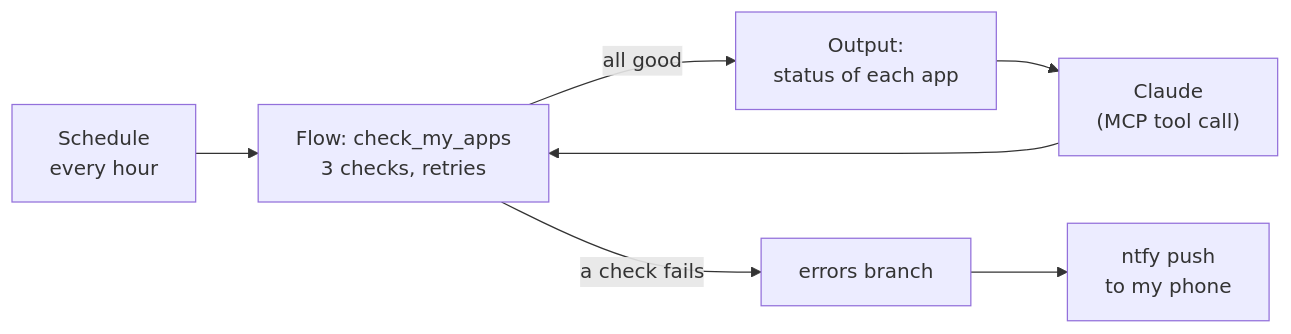
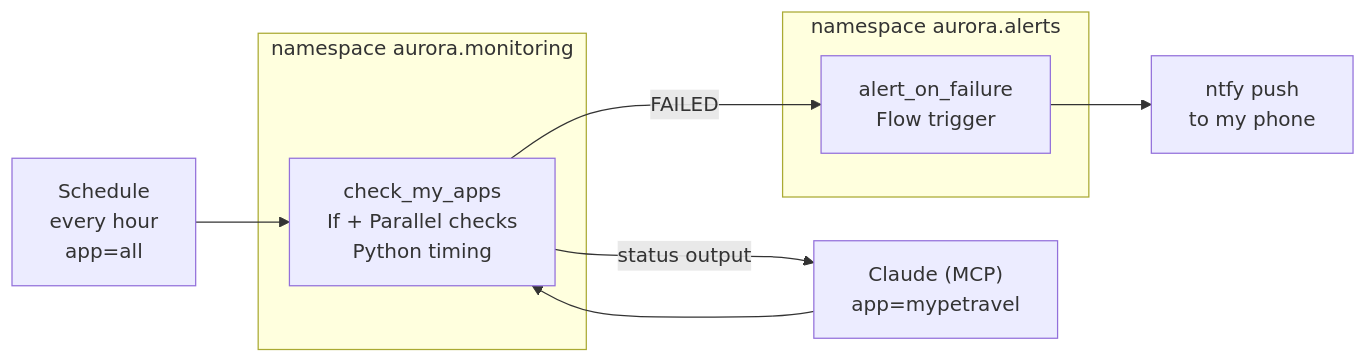
Before and after one commit to auroradsm-dev/kestra-app-monitor: the diagram in README.md, drawn with Mermaid. The commit also changed other lines of this file and 2 other files, not shown here.

First line of the commit message:
v2: inputs, parallel checks, Python response times, OSS secrets, namespace wide alerting

````diff
--- a/README.md
+++ b/README.md
@@ -17,8 +17,14 @@
 ```mermaid
 flowchart LR
-    S["Schedule<br/>every hour"] --> F
-    A["Claude<br/>(MCP tool call)"] --> F
-    F["Flow: check_my_apps<br/>3 checks, retries"] -->|all good| O["Output:<br/>status of each app"]
-    F -->|a check fails| E["errors branch"] --> N["ntfy push<br/>to my phone"]
-    O --> A
+    S["Schedule<br/>every hour<br/>app=all"] --> F
+    A["Claude (MCP)<br/>app=mypetravel"] --> F
+    subgraph mon["namespace aurora.monitoring"]
+        F["check_my_apps<br/>If + Parallel checks<br/>Python timing"]
+    end
+    F -->|status output| A
+    F -->|FAILED| T
+    subgraph alerts["namespace aurora.alerts"]
+        T["alert_on_failure<br/>Flow trigger"]
+    end
+    T --> N["ntfy push<br/>to my phone"]
 ```
````
